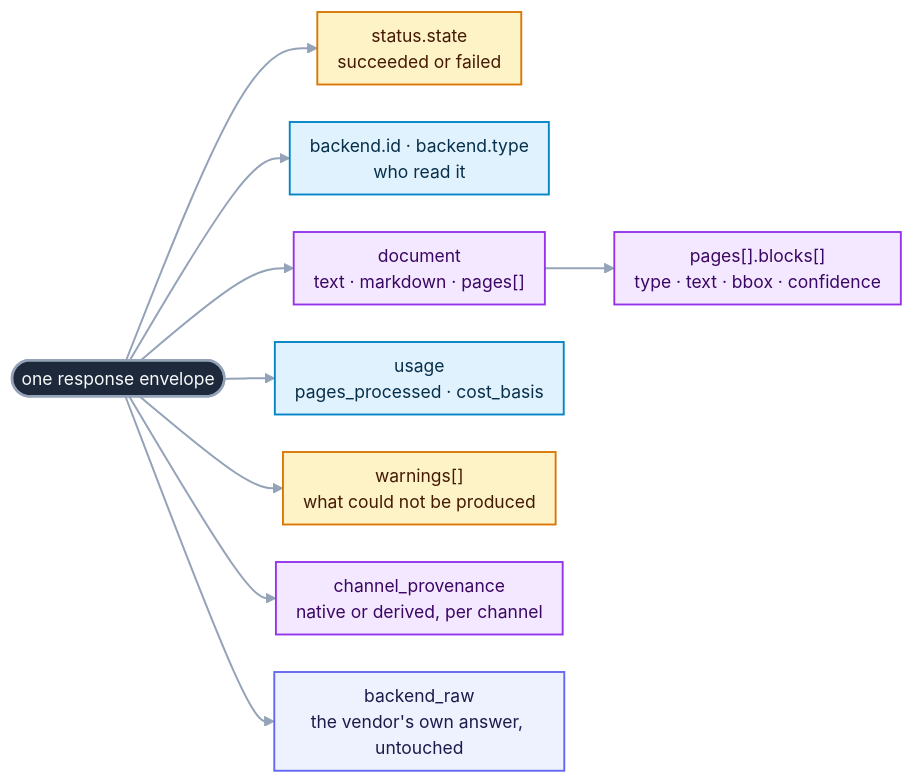
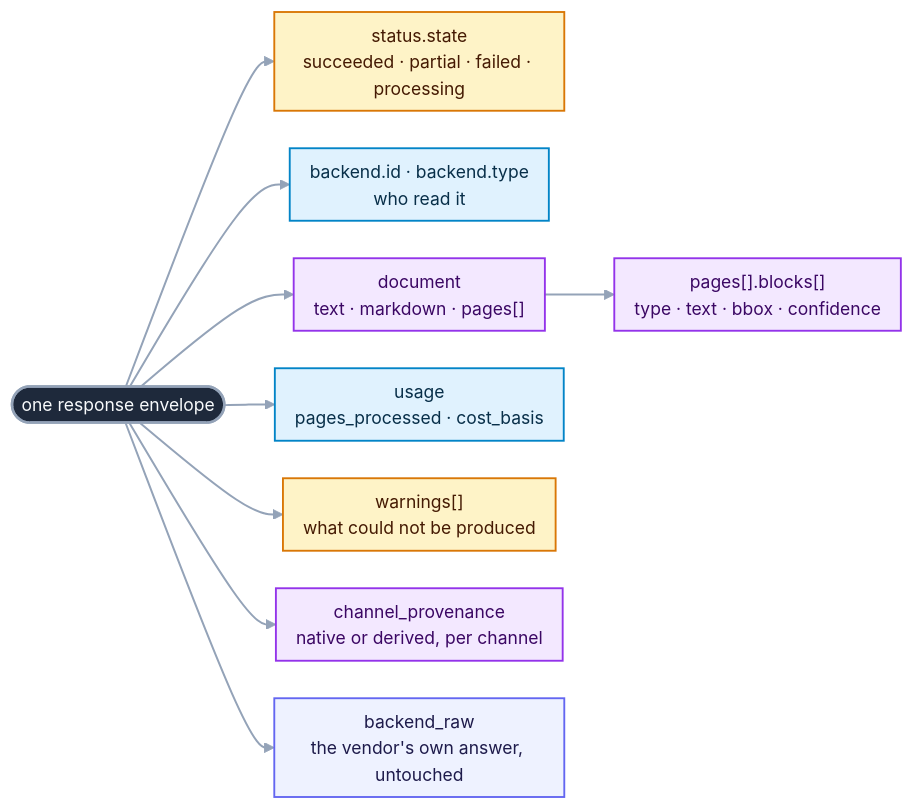
The first of 3 diagrams in examples/tutorial.md (openreading-ai/openreading-core), drawn with Mermaid before and after one commit. The commit also changed other lines of this file and 1 other file, not shown here.

````diff
--- a/examples/tutorial.md
+++ b/examples/tutorial.md
@@ -169,18 +175,18 @@
 ```mermaid
 %%{init: {"theme":"base","themeVariables":{"fontFamily":"ui-sans-serif, system-ui, -apple-system, Segoe UI, Roboto, sans-serif","fontSize":"14px","lineColor":"#94a3b8","textColor":"#334155","primaryTextColor":"#0f172a","edgeLabelBackground":"#eef2f7","clusterBkg":"#f8fafc","clusterBorder":"#cbd5e1","titleColor":"#334155"},"flowchart":{"curve":"basis","nodeSpacing":30,"rankSpacing":40,"padding":8,"useMaxWidth":true}}}%%
 flowchart LR
-  E(["one response envelope"]):::hero --> A["status.state<br>succeeded or failed"]:::gate
+  E(["one response envelope"]):::hero --> A["status.state<br>succeeded · partial · failed · processing"]:::gate
   E --> B["backend.id · backend.type<br>who read it"]:::work
   E --> C["document<br>text · markdown · pages[]"]:::out
   E --> D["usage<br>pages_processed · cost_basis"]:::work
   E --> F["warnings[]<br>what could not be produced"]:::gate
   E --> G["channel_provenance<br>native or derived, per channel"]:::out
   E --> H["backend_raw<br>the vendor's own answer, untouched"]:::src
   C --> C1["pages[].blocks[]<br>type · text · bbox · confidence"]:::out
   classDef src fill:#eef2ff,stroke:#6366f1,stroke-width:1.5px,color:#1e1b4b;
   classDef work fill:#e0f2fe,stroke:#0284c7,stroke-width:1.5px,color:#082f49;
   classDef gate fill:#fef3c7,stroke:#d97706,stroke-width:1.5px,color:#451a03;
   classDef out fill:#f3e8ff,stroke:#9333ea,stroke-width:1.5px,color:#3b0764;
   classDef hero fill:#1e293b,stroke:#94a3b8,stroke-width:2px,color:#f8fafc;
   linkStyle default stroke-width:1.6px;
 ```
````
